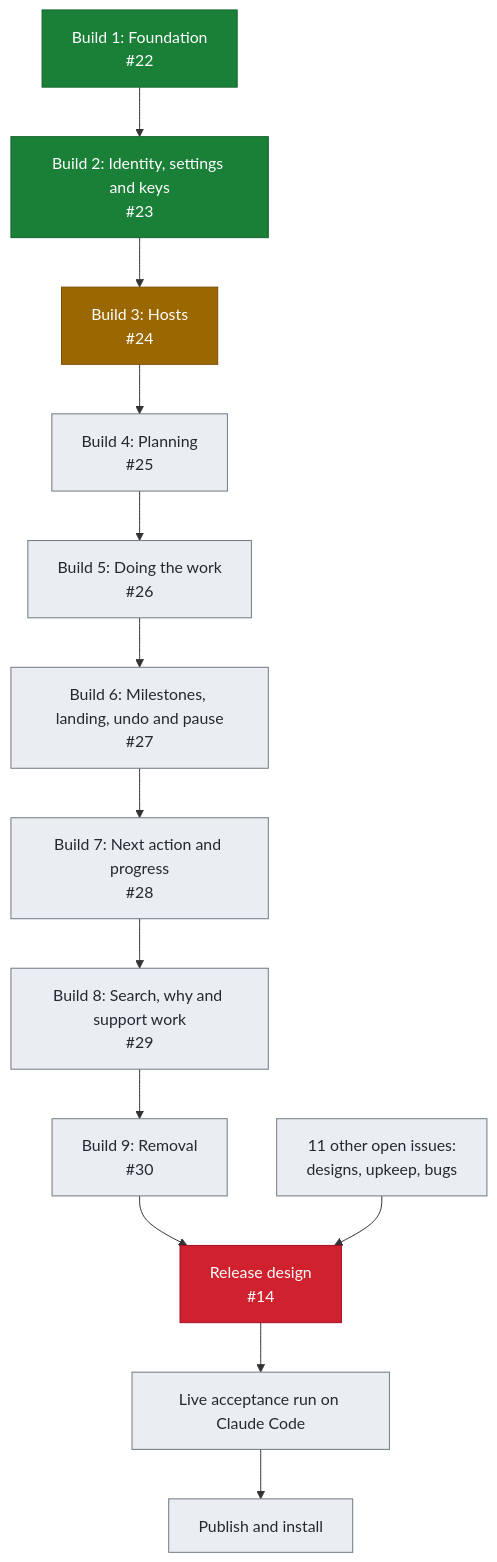
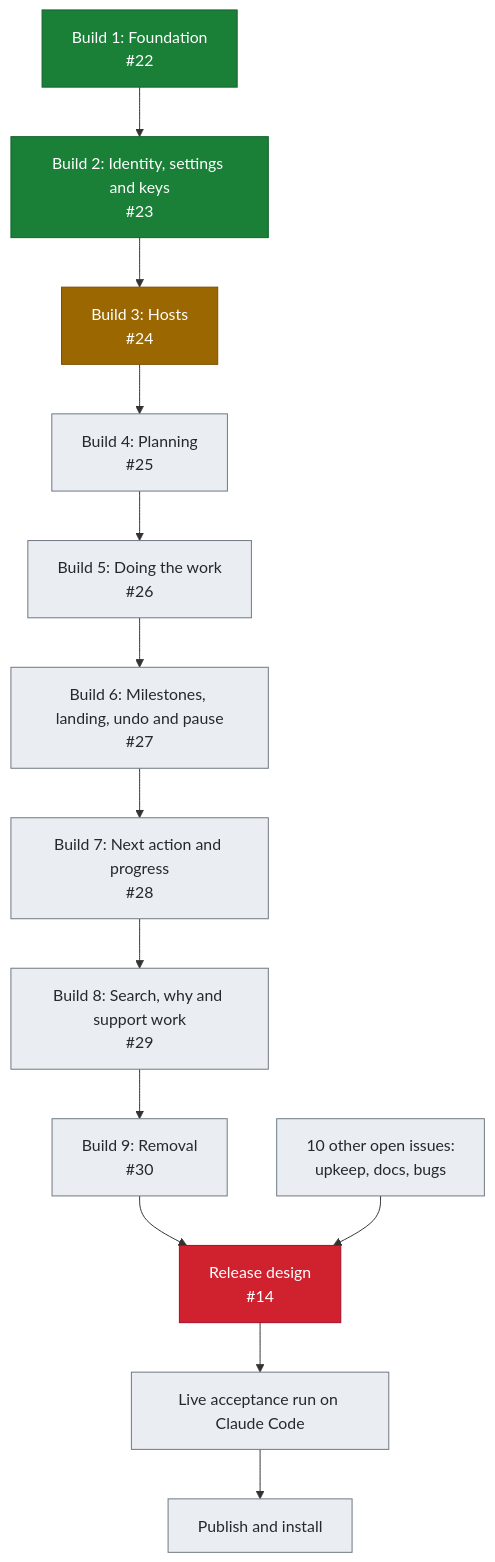
One commit to crenshawdev/baley changed the first of 4 diagrams in docs/roadmap.md. Above: the diagram before and after it, drawn with Mermaid. The commit also changed other lines of this file, not shown here.

First line of the commit message:
docs(roadmap): correct upkeep landing counts and dependencies

````diff
--- a/docs/roadmap.md
+++ b/docs/roadmap.md
@@ -9,30 +9,30 @@
 ```mermaid
 flowchart TB
     B1["Build 1: Foundation<br/>#22"]
     B2["Build 2: Identity, settings and keys<br/>#23"]
     B3["Build 3: Hosts<br/>#24"]
     B4["Build 4: Planning<br/>#25"]
     B5["Build 5: Doing the work<br/>#26"]
     B6["Build 6: Milestones, landing, undo and pause<br/>#27"]
     B7["Build 7: Next action and progress<br/>#28"]
     B8["Build 8: Search, why and support work<br/>#29"]
     B9["Build 9: Removal<br/>#30"]
-    OTHER["11 other open issues:<br/>designs, upkeep, bugs"]
+    OTHER["10 other open issues:<br/>upkeep, docs, bugs"]
     R1["Release design<br/>#14"]
     R2["Live acceptance run on Claude Code"]
     R3["Publish and install"]
 
     B1 --> B2 --> B3 --> B4 --> B5 --> B6 --> B7 --> B8 --> B9 --> R1 --> R2 --> R3
     OTHER --> R1
 
     classDef done fill:#1a7f37,stroke:#116329,color:#ffffff
     classDef progress fill:#9a6700,stroke:#7d4e00,color:#ffffff
     classDef next fill:#fff8c5,stroke:#9a6700,stroke-width:3px,color:#3b2300
     classDef blocked fill:#cf222e,stroke:#a40e26,color:#ffffff
     classDef planned fill:#eaeef2,stroke:#6e7781,color:#24292f
 
     class B1,B2 done
     class B3 progress
     class R1 blocked
     class B4,B5,B6,B7,B8,B9,OTHER,R2,R3 planned
 ```
````
